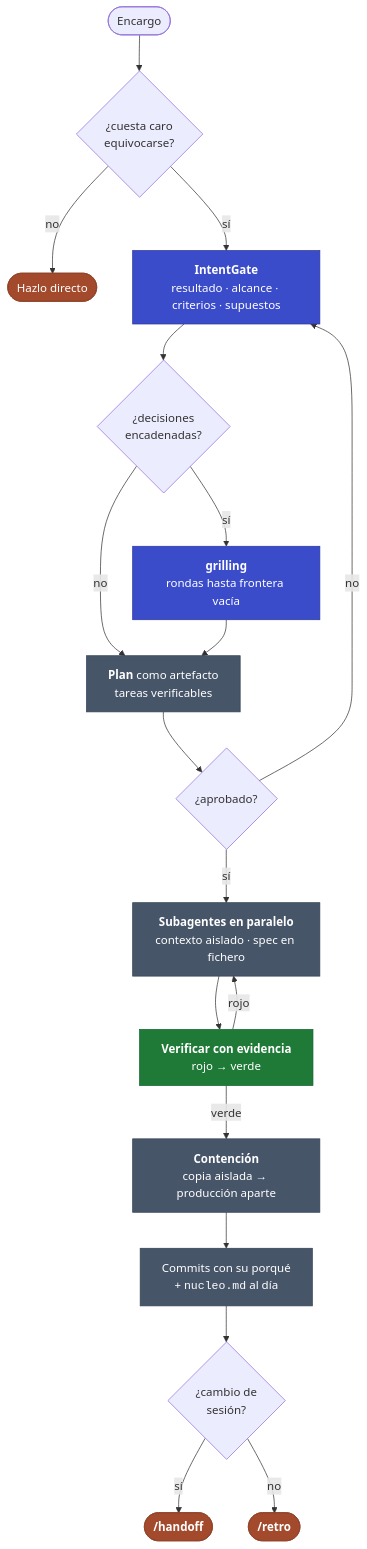
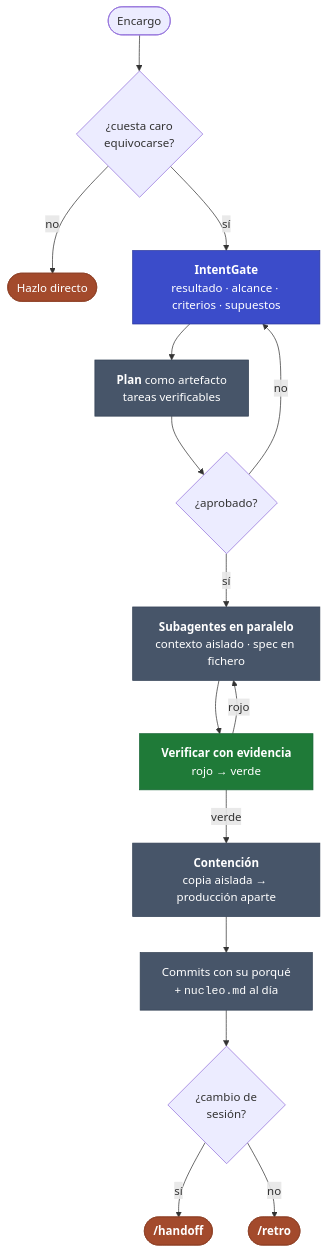
One commit to manuelcozar55/setup-claude-code changed the diagram in kit/docs/12-metodologia.md. Above: the diagram before and after it, drawn with Mermaid. The commit also changed other lines of this file and 10 other files, not shown here.

````diff
--- a/kit/docs/12-metodologia.md
+++ b/kit/docs/12-metodologia.md
@@ -8,29 +8,26 @@
 ```mermaid
 flowchart TD
     E(["Encargo"]) --> R{"¿cuesta caro<br/>equivocarse?"}
     R -->|"no"| D(["Hazlo directo"])
     R -->|"sí"| IG["<b>IntentGate</b><br/>resultado · alcance · criterios · supuestos"]
-    IG --> GR{"¿decisiones<br/>encadenadas?"}
-    GR -->|"sí"| GL["<b>grilling</b><br/>rondas hasta frontera vacía"]
-    GR -->|"no"| PL
-    GL --> PL["<b>Plan</b> como artefacto<br/>tareas verificables"]
+    IG --> PL["<b>Plan</b> como artefacto<br/>tareas verificables"]
     PL --> AP{"¿aprobado?"}
     AP -->|"no"| IG
     AP -->|"sí"| SA["<b>Subagentes en paralelo</b><br/>contexto aislado · spec en fichero"]
     SA --> VE["<b>Verificar con evidencia</b><br/>rojo → verde"]
     VE -->|"rojo"| SA
     VE -->|"verde"| CO["<b>Contención</b><br/>copia aislada → producción aparte"]
     CO --> CL["Commits con su porqué<br/>+ <code>nucleo.md</code> al día"]
     CL --> CI{"¿cambio de<br/>sesión?"}
     CI -->|"sí"| HO(["<b>/handoff</b>"])
     CI -->|"no"| RT(["<b>/retro</b>"])
 
     classDef puerta fill:#3B4CCA,stroke:#2A379B,color:#FFFFFF
     classDef paso fill:#475569,stroke:#334155,color:#FFFFFF
     classDef evid fill:#1F7A38,stroke:#166534,color:#FFFFFF
     classDef fin fill:#A34A2C,stroke:#8F4026,color:#FFFFFF
-    class IG,GL,DM puerta
+    class IG puerta
     class PL,SA,CO,CL paso
     class VE evid
     class HO,RT,D fin
 ```
````
